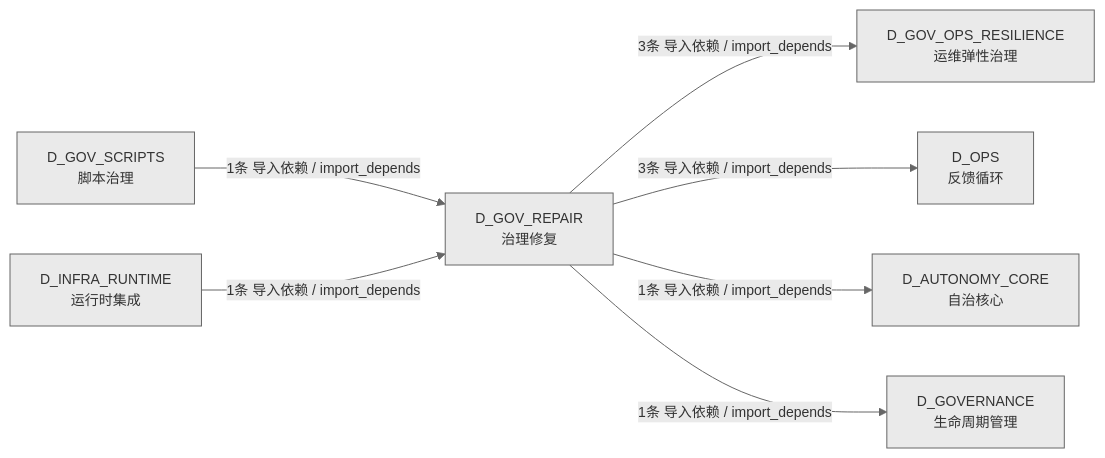
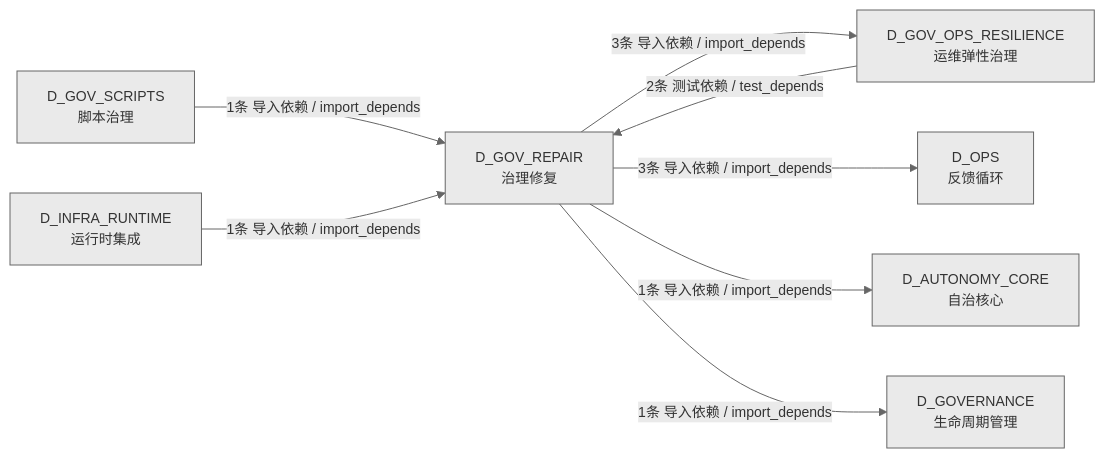
One commit to xuanFelixVan/ZephyrAlpha changed the third of 3 diagrams in docs/02_enterprise_architecture/02_domain_architecture_docs/54_d_gov_repair.md. Above: the diagram before and after it, drawn with Mermaid. The commit also changed other lines of this file and 45 other files, not shown here.

````diff
--- a/docs/02_enterprise_architecture/02_domain_architecture_docs/54_d_gov_repair.md
+++ b/docs/02_enterprise_architecture/02_domain_architecture_docs/54_d_gov_repair.md
@@ -128,17 +132,18 @@
 ```mermaid
 %%{init: {'theme': 'base', 'themeVariables': {'primaryColor': '#eaeaea', 'primaryTextColor': '#333333', 'primaryBorderColor': '#666666', 'lineColor': '#666666', 'secondaryColor': '#eaeaea', 'tertiaryColor': '#eaeaea', 'fontSize': '14px'}}}%%
 graph LR
     D_GOV_REPAIR["D_GOV_REPAIR<br/>治理修复"]
     D_GOV_OPS_RESILIENCE["D_GOV_OPS_RESILIENCE<br/>运维弹性治理"]
     D_OPS["D_OPS<br/>反馈循环"]
     D_AUTONOMY_CORE["D_AUTONOMY_CORE<br/>自治核心"]
     D_GOVERNANCE["D_GOVERNANCE<br/>生命周期管理"]
     D_GOV_SCRIPTS["D_GOV_SCRIPTS<br/>脚本治理"]
     D_INFRA_RUNTIME["D_INFRA_RUNTIME<br/>运行时集成"]
     D_GOV_REPAIR -->|3条 导入依赖 / import_depends| D_GOV_OPS_RESILIENCE
     D_GOV_REPAIR -->|3条 导入依赖 / import_depends| D_OPS
     D_GOV_REPAIR -->|1条 导入依赖 / import_depends| D_AUTONOMY_CORE
     D_GOV_REPAIR -->|1条 导入依赖 / import_depends| D_GOVERNANCE
+    D_GOV_OPS_RESILIENCE -->|2条 测试依赖 / test_depends| D_GOV_REPAIR
     D_GOV_SCRIPTS -->|1条 导入依赖 / import_depends| D_GOV_REPAIR
     D_INFRA_RUNTIME -->|1条 导入依赖 / import_depends| D_GOV_REPAIR
 ```
````
